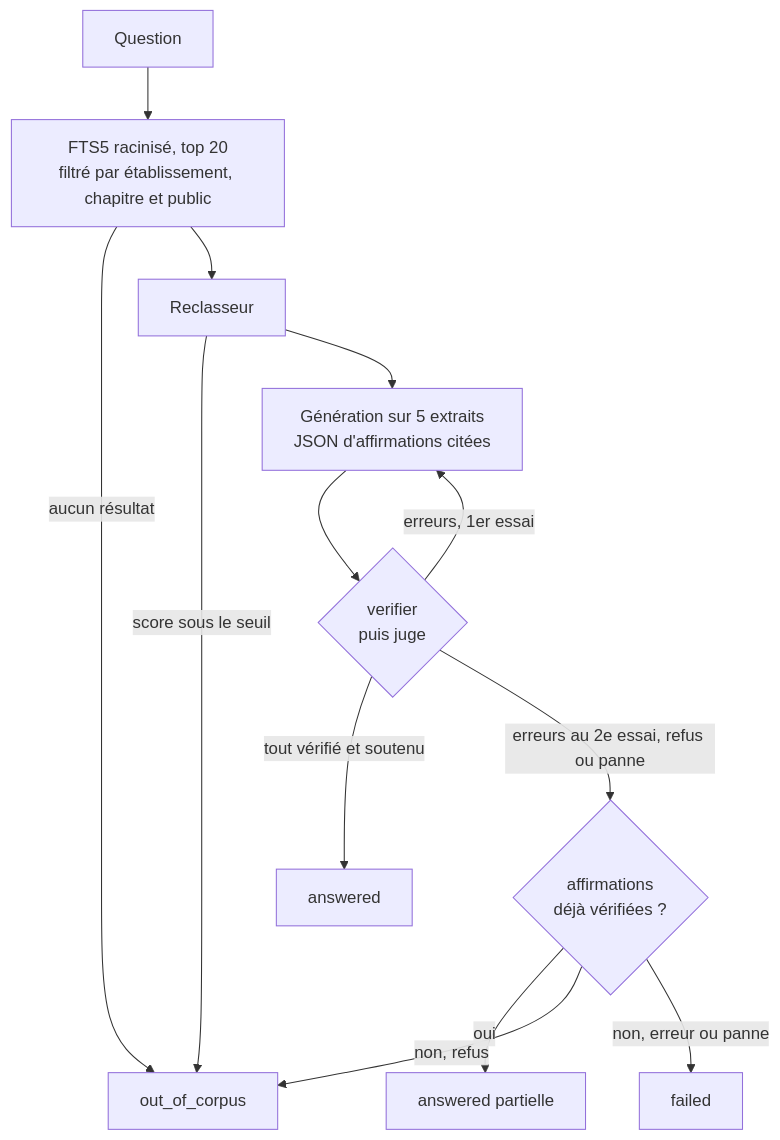
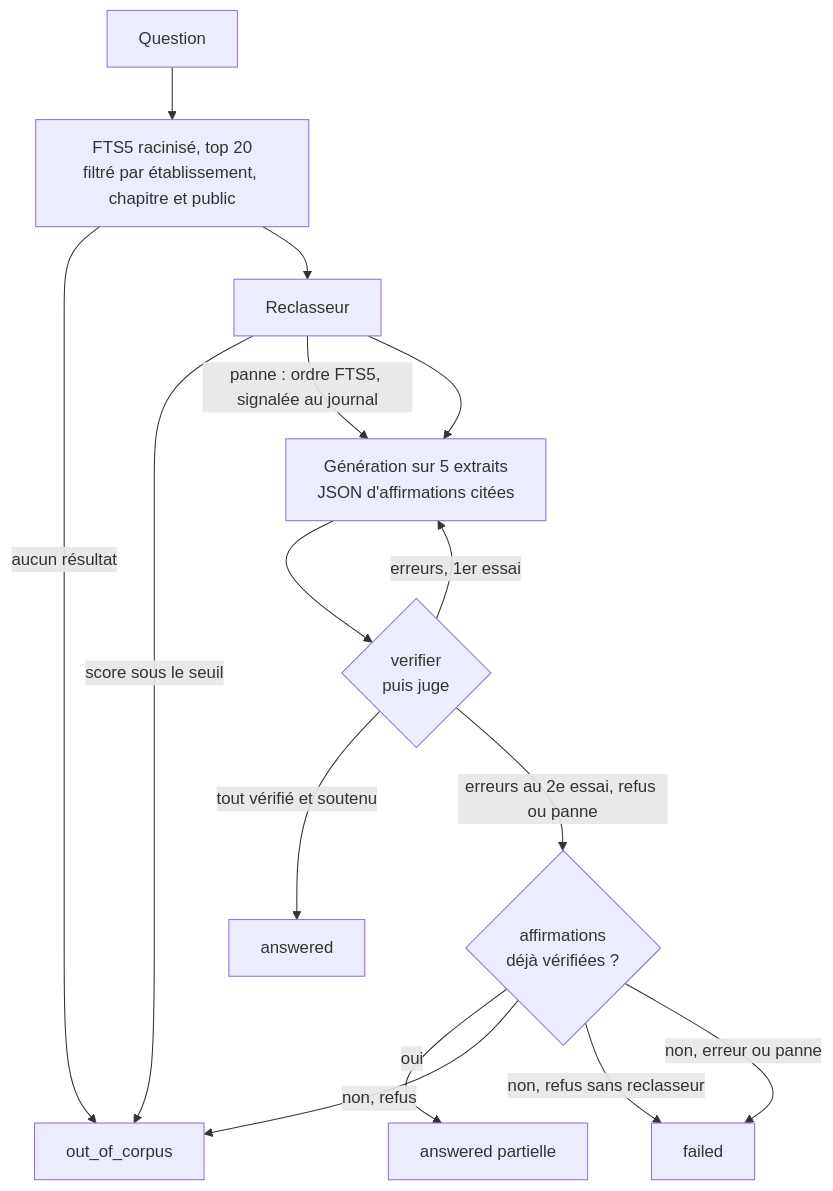
The fourth of 4 diagrams in docs/architecture.md (theopaolo/thot), drawn with Mermaid before and after one commit. The commit also changed other lines of this file and 8 other files, not shown here.

First line of the commit message:
Replier sur l'ordre FTS5 quand le reclasseur tombe en panne

````diff
--- a/docs/architecture.md
+++ b/docs/architecture.md
@@ -173,15 +173,17 @@
 ```mermaid
 flowchart TD
   Q[Question] --> F[FTS5 racinisé, top 20<br/>filtré par établissement, chapitre et public]
   F -- aucun résultat --> HC[out_of_corpus]
   F --> RR[Reclasseur]
   RR -- score sous le seuil --> HC
+  RR -- "panne : ordre FTS5, signalée au journal" --> G
   RR --> G[Génération sur 5 extraits<br/>JSON d'affirmations citées]
   G --> V{verifier<br/>puis juge}
   V -- tout vérifié et soutenu --> OK[answered]
   V -- erreurs, 1er essai --> G
   V -- erreurs au 2e essai, refus ou panne --> P{affirmations<br/>déjà vérifiées ?}
   P -- oui --> PART[answered partielle]
   P -- "non, refus" --> HC
+  P -- "non, refus sans reclasseur" --> KO
   P -- "non, erreur ou panne" --> KO[failed]
 ```
````
